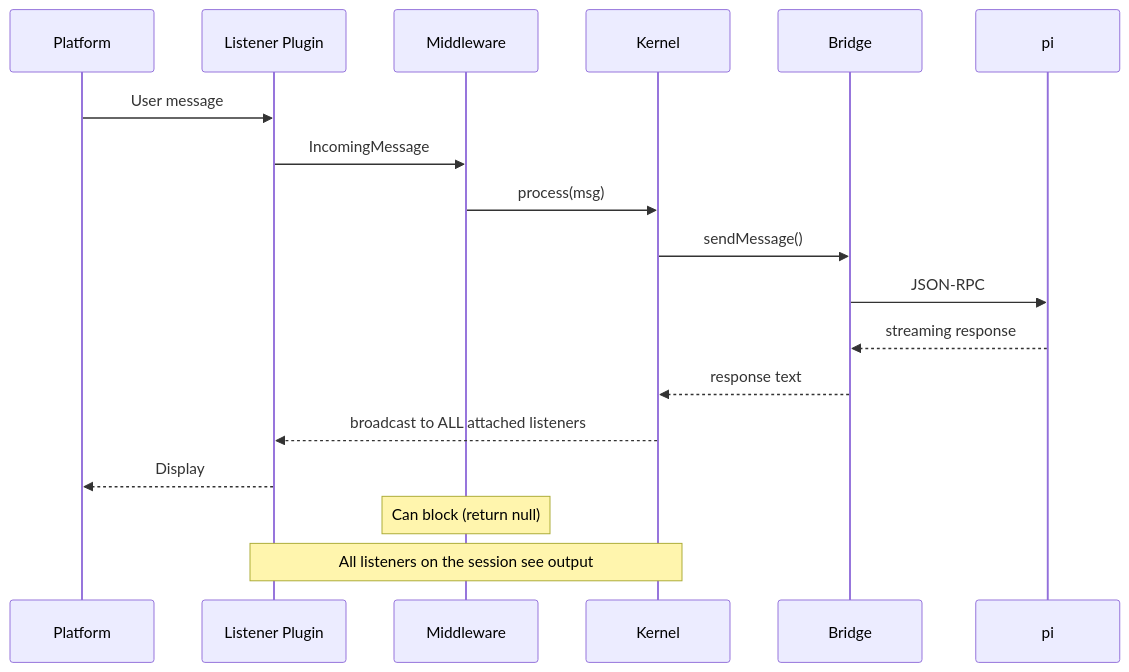
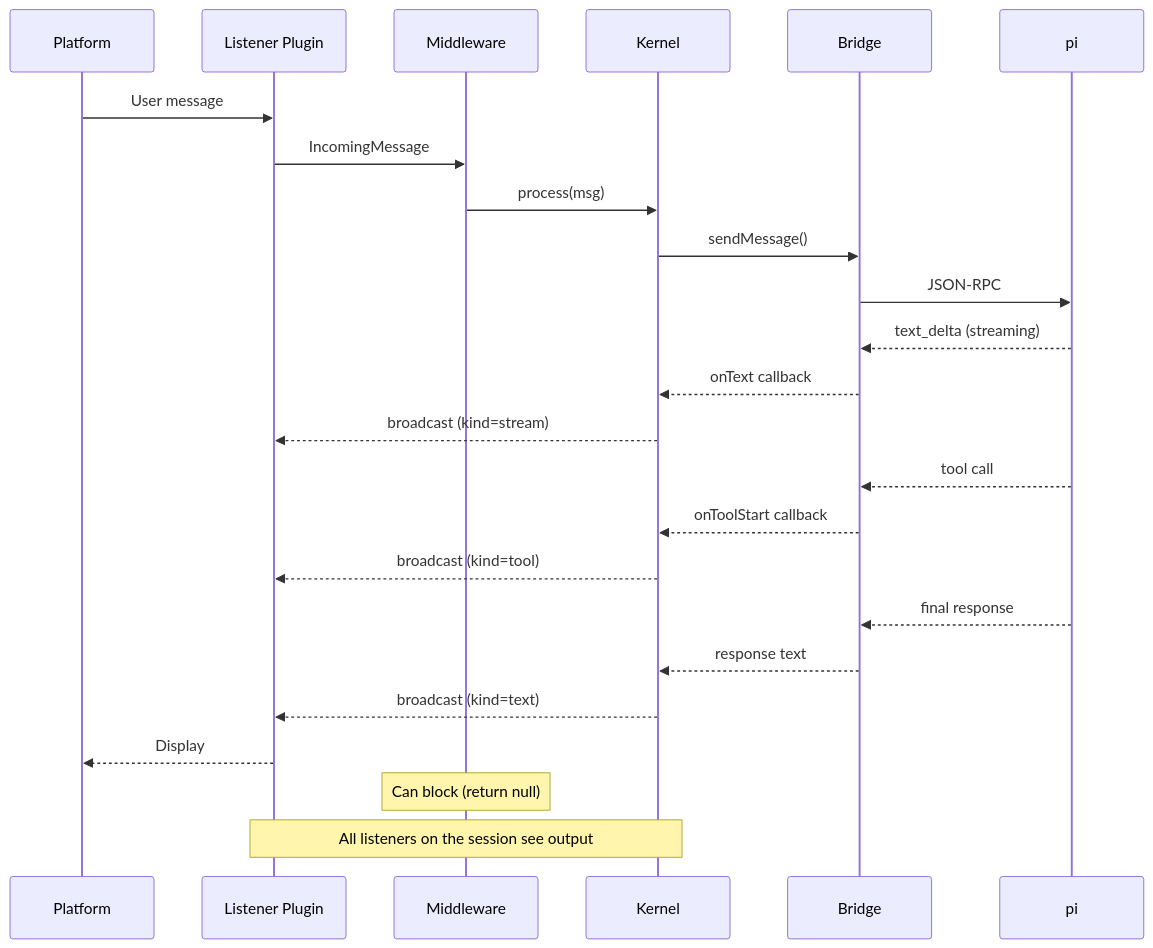
Before and after one commit to Lemon9247/simple-bot: the third of 3 diagrams in README.md, drawn with Mermaid. The commit also changed other lines of this file, not shown here.

````diff
--- a/README.md
+++ b/README.md
@@ -146,22 +146,28 @@
 ```mermaid
 sequenceDiagram
     participant P as Platform
     participant L as Listener Plugin
     participant MW as Middleware
     participant K as Kernel
     participant B as Bridge
     participant Pi as pi
 
     P->>L: User message
     L->>MW: IncomingMessage
     MW->>K: process(msg)
     K->>B: sendMessage()
     B->>Pi: JSON-RPC
-    Pi-->>B: streaming response
+    Pi-->>B: text_delta (streaming)
+    B-->>K: onText callback
+    K-->>L: broadcast (kind=stream)
+    Pi-->>B: tool call
+    B-->>K: onToolStart callback
+    K-->>L: broadcast (kind=tool)
+    Pi-->>B: final response
     B-->>K: response text
-    K-->>L: broadcast to ALL attached listeners
+    K-->>L: broadcast (kind=text)
     L-->>P: Display
 
     Note over MW: Can block (return null)
     Note over K,L: All listeners on the session see output
 ```
````
